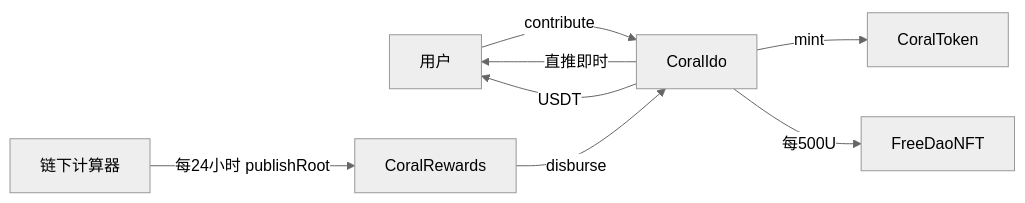
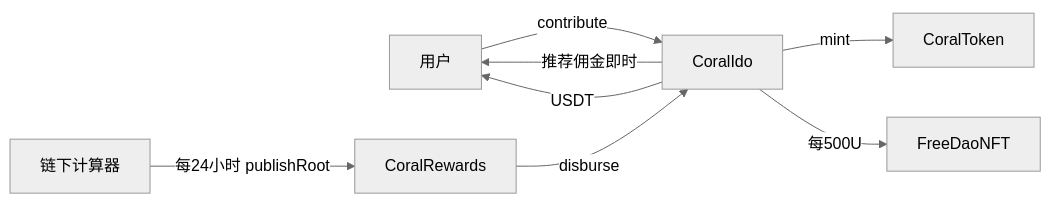
The diagram in README.md (jackoelv/coral), drawn with Mermaid (neutral theme) before and after one commit. The commit also changed other lines of this file, not shown here.

````diff
--- a/README.md
+++ b/README.md
@@ -13,10 +13,10 @@
 ```mermaid
 flowchart LR
   User[用户] -->|contribute| Vault[CoralIdo]
-  Vault -->|直推即时| User
+  Vault -->|推荐佣金即时| User
   Vault -->|mint| Token[CoralToken]
   Vault -->|每500U| NFT[FreeDaoNFT]
   Indexer[链下计算器] -->|每24小时 publishRoot| Rewards[CoralRewards]
   Rewards -->|disburse| Vault
   Vault -->|USDT| User
 ```
````
